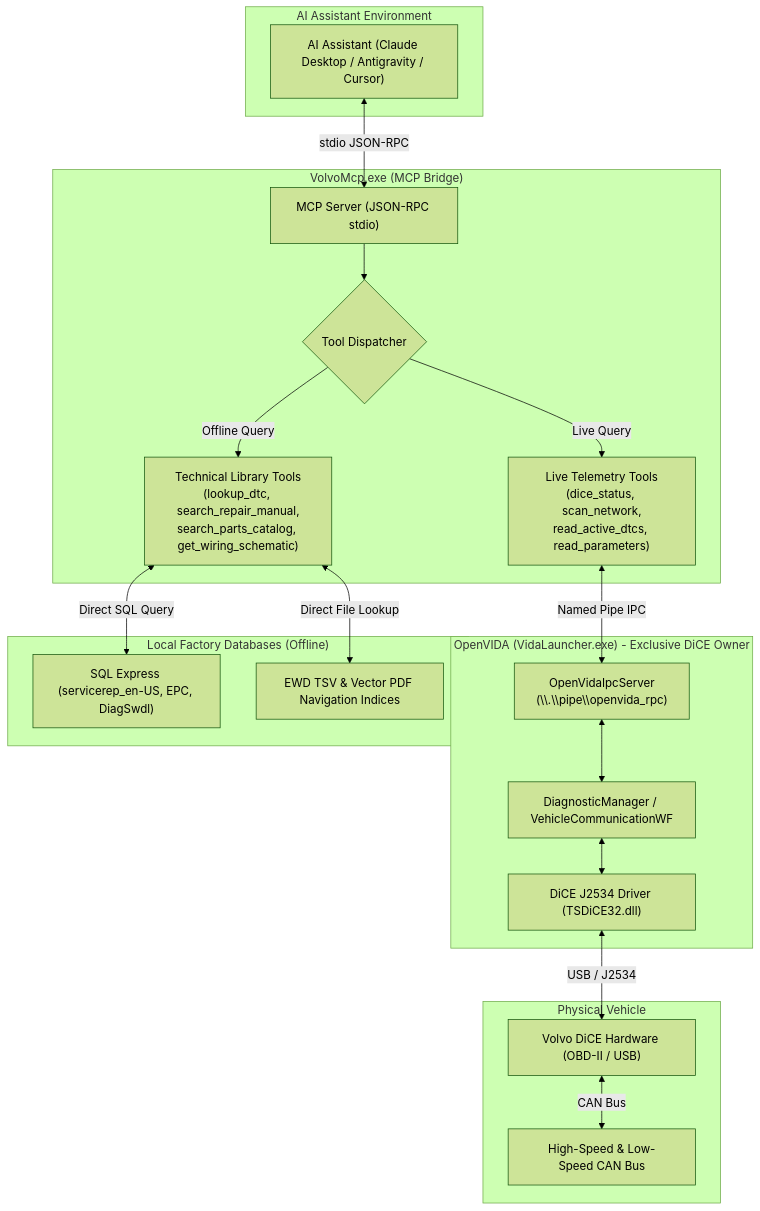
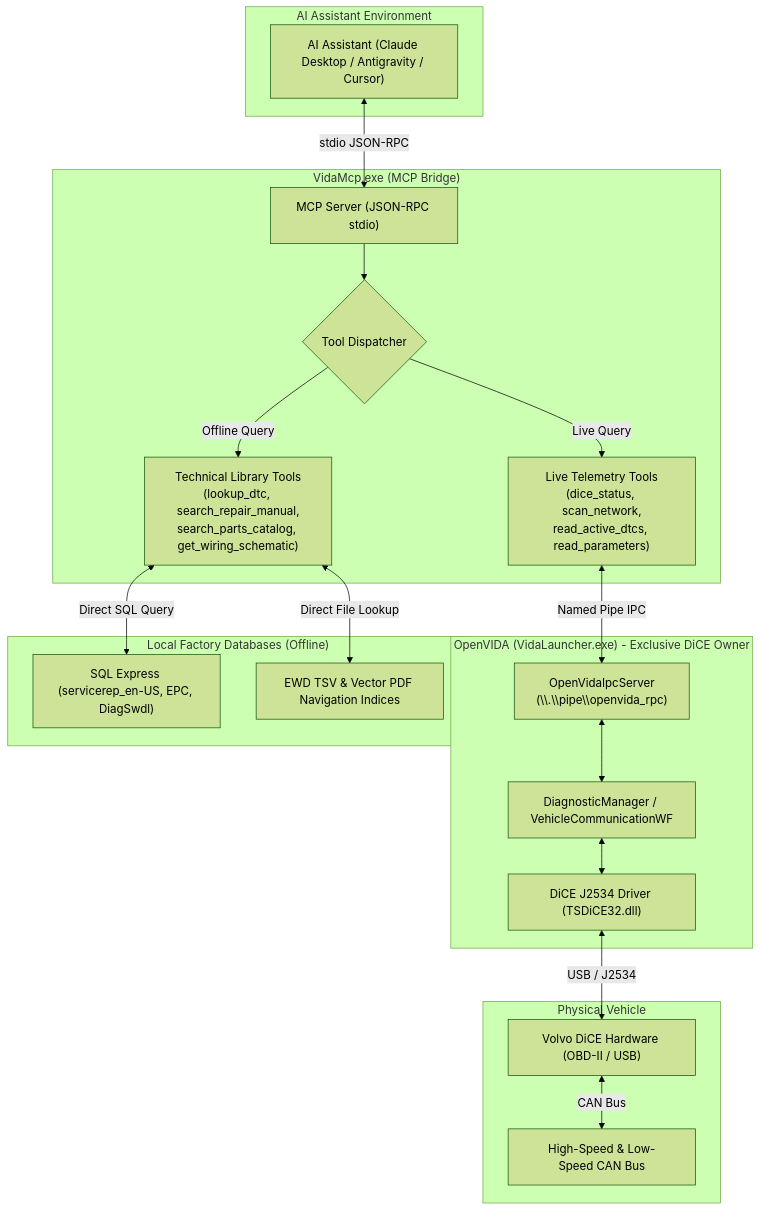
Before and after one commit to davidsandberg/openvida: the second of 2 diagrams in README.md, drawn with Mermaid (forest theme). The commit also changed other lines of this file and 2 other files, not shown here.

Commit message:
refactor(mcp): rename volvo-dice to vida-mcp and VolvoMcp to VidaMcp; mark JBoss health verification complete in README

````diff
--- a/README.md
+++ b/README.md
@@ -269,43 +269,43 @@
 ```mermaid
 flowchart TD
     subgraph AI["AI Assistant Environment"]
         Agent["AI Assistant (Claude Desktop / Antigravity / Cursor)"]
     end
 
-    subgraph MCPBridge["VolvoMcp.exe (MCP Bridge)"]
+    subgraph MCPBridge["VidaMcp.exe (MCP Bridge)"]
         Server["MCP Server (JSON-RPC stdio)"]
         Router{"Tool Dispatcher"}
         LiveTools["Live Telemetry Tools\n(dice_status, scan_network,\nread_active_dtcs, read_parameters)"]
         OfflineTools["Technical Library Tools\n(lookup_dtc, search_repair_manual,\nsearch_parts_catalog, get_wiring_schematic)"]
     end
 
     subgraph OpenVIDAApp["OpenVIDA (VidaLauncher.exe) - Exclusive DiCE Owner"]
         IPCServer["OpenVidaIpcServer\n(\\.\\pipe\\openvida_rpc)"]
         DiagMgr["DiagnosticManager / VehicleCommunicationWF"]
         HardwareLock["DiCE J2534 Driver (TSDiCE32.dll)"]
     end
 
     subgraph LocalDB["Local Factory Databases (Offline)"]
         SQL["SQL Express (servicerep_en-US, EPC, DiagSwdl)"]
         EWD["EWD TSV & Vector PDF Navigation Indices"]
     end
 
     subgraph Vehicle["Physical Vehicle"]
         DiCE["Volvo DiCE Hardware (OBD-II / USB)"]
         CAN["High-Speed & Low-Speed CAN Bus"]
     end
 
     Agent <-->|stdio JSON-RPC| Server
     Server --> Router
     Router -->|Live Query| LiveTools
     Router -->|Offline Query| OfflineTools
 
     LiveTools <-->|Named Pipe IPC| IPCServer
     IPCServer <--> DiagMgr
     DiagMgr <--> HardwareLock
     HardwareLock <-->|USB / J2534| DiCE
     DiCE <-->|CAN Bus| CAN
 
     OfflineTools <-->|Direct SQL Query| SQL
     OfflineTools <-->|Direct File Lookup| EWD
 ```
````
